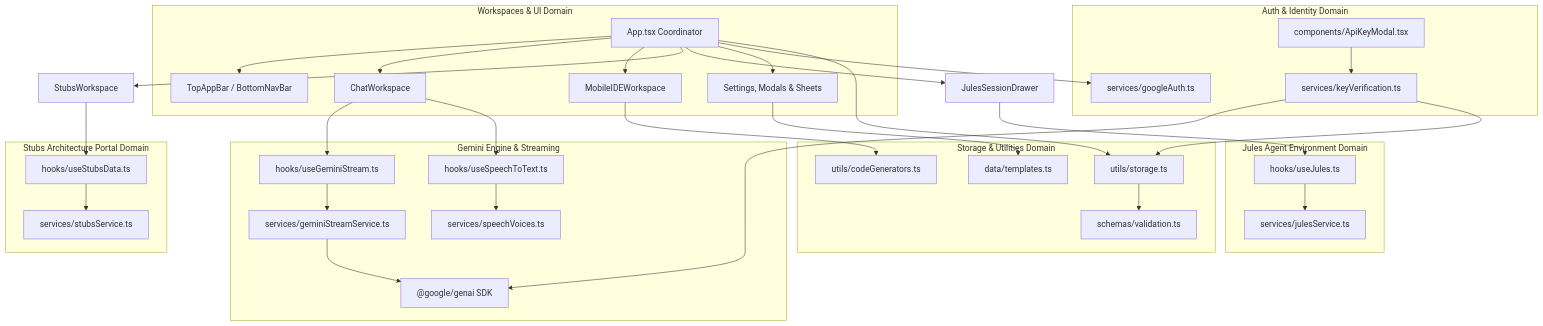
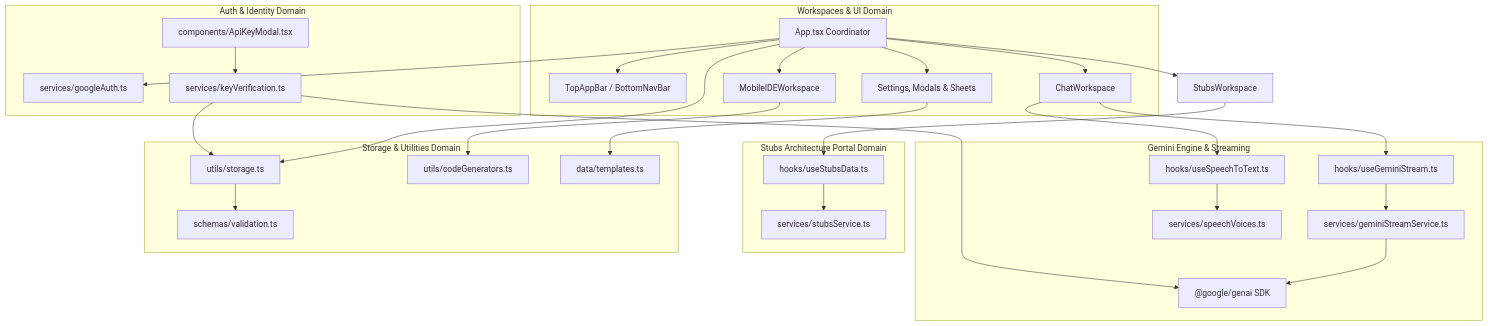
One commit to BicycleButler/ai-studio-mobile changed the diagram in knowledge/architecture/context-map.md. Above: the diagram before and after it, drawn with Mermaid. The commit also changed other lines of this file and 46 other files, not shown here.

````diff
--- a/knowledge/architecture/context-map.md
+++ b/knowledge/architecture/context-map.md
@@ -31,68 +30,60 @@
 ```mermaid
 flowchart TB
   subgraph UI_Layer ["Workspaces & UI Domain"]
     TopNav["TopAppBar / BottomNavBar"]
     AppRoot["App.tsx Coordinator"]
     Chat["ChatWorkspace"]
     MobileIDE["MobileIDEWorkspace"]
       Modals["Settings, Modals & Sheets"]
   end
 
   subgraph Auth_Domain ["Auth & Identity Domain"]
     GoogleAuth["services/googleAuth.ts"]
     KeyVerify["services/keyVerification.ts"]
     ApiKeyModal["components/ApiKeyModal.tsx"]
   end
 
   subgraph Engine_Domain ["Gemini Engine & Streaming"]
     StreamService["services/geminiStreamService.ts"]
     StreamHook["hooks/useGeminiStream.ts"]
     SpeechVoice["services/speechVoices.ts"]
     SpeechHook["hooks/useSpeechToText.ts"]
     GenAISDK["@google/genai SDK"]
   end
 
   subgraph Stubs_Domain ["Stubs Architecture Portal Domain"]
     StubsService["services/stubsService.ts"]
     StubsData["hooks/useStubsData.ts"]
   end
 
-  subgraph Jules_Domain ["Jules Agent Environment Domain"]
-    JulesService["services/julesService.ts"]
-    JulesData["hooks/useJules.ts"]
-  end
-
   subgraph Storage_Domain ["Storage & Utilities Domain"]
     StorageUtil["utils/storage.ts"]
     ValidationSchema["schemas/validation.ts"]
     CodeGenerators["utils/codeGenerators.ts"]
     TemplatesData["data/templates.ts"]
   end
 
   %% Relationships
   AppRoot --> TopNav
   AppRoot --> Chat & MobileIDE & StubsWorkspace
-  AppRoot --> JulesSessionDrawer
   AppRoot --> Modals
   AppRoot --> GoogleAuth
   AppRoot --> StorageUtil
 
   Chat --> StreamHook
   StreamHook --> StreamService
   StreamService --> GenAISDK
 
   Chat --> SpeechHook
   SpeechHook --> SpeechVoice
 
   ApiKeyModal --> KeyVerify
   KeyVerify --> GenAISDK
   KeyVerify --> StorageUtil
 
   MobileIDE --> CodeGenerators
   StubsWorkspace --> StubsData
   StubsData --> StubsService
-  JulesSessionDrawer --> JulesData
-  JulesData --> JulesService
   StorageUtil --> ValidationSchema
   Modals --> TemplatesData
 ```
````
